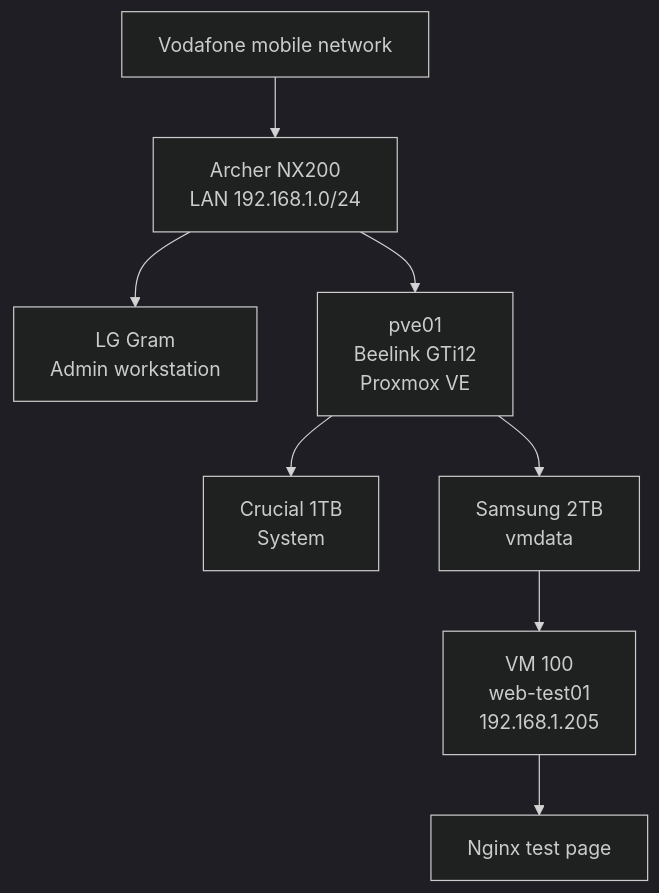
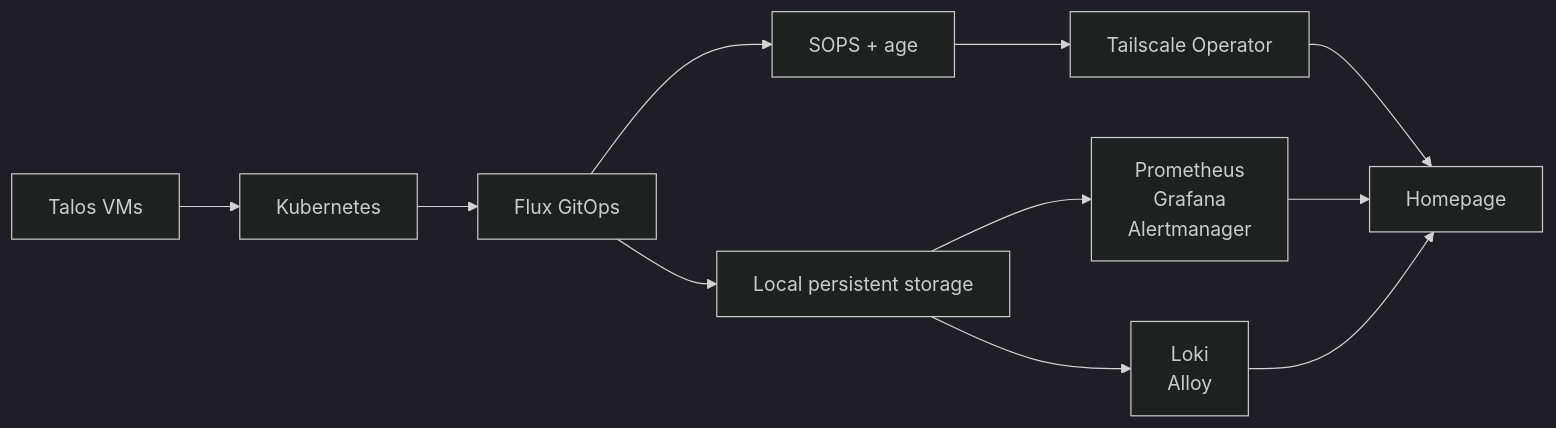
Before and after one commit to dgsuma/dgs-private-cloud: the diagram in docs/00-project-overview.md, drawn with Mermaid (dark theme). The commit also changed other lines of this file and 23 other files, not shown here.

````diff
--- a/docs/00-project-overview.md
+++ b/docs/00-project-overview.md
@@ -55,19 +63,23 @@
 ```mermaid
-flowchart TB
-    WAN["Vodafone mobile network"]
-    NX200["Archer NX200<br/>LAN 192.168.1.0/24"]
-    Admin["LG Gram<br/>Admin workstation"]
-    PVE["pve01<br/>Beelink GTi12<br/>Proxmox VE"]
-    OS["Crucial 1TB<br/>System"]
-    DATA["Samsung 2TB<br/>vmdata"]
-    VM["VM 100<br/>web-test01<br/>192.168.1.205"]
-    WEB["Nginx test page"]
+flowchart LR
+    TalosVMs["Talos VMs"]
+    K8s["Kubernetes"]
+    Flux["Flux GitOps"]
+    SOPS["SOPS + age"]
+    TS["Tailscale Operator"]
+    Storage["Local persistent storage"]
+    Metrics["Prometheus<br/>Grafana<br/>Alertmanager"]
+    Logs["Loki<br/>Alloy"]
+    Home["Homepage"]
 
-    WAN --> NX200
-    NX200 --> Admin
-    NX200 --> PVE
-    PVE --> OS
-    PVE --> DATA
-    DATA --> VM
-    VM --> WEB
+    TalosVMs --> K8s
+    K8s --> Flux
+    Flux --> SOPS
+    Flux --> Storage
+    SOPS --> TS
+    Storage --> Metrics
+    Storage --> Logs
+    TS --> Home
+    Metrics --> Home
+    Logs --> Home
 ```
````
